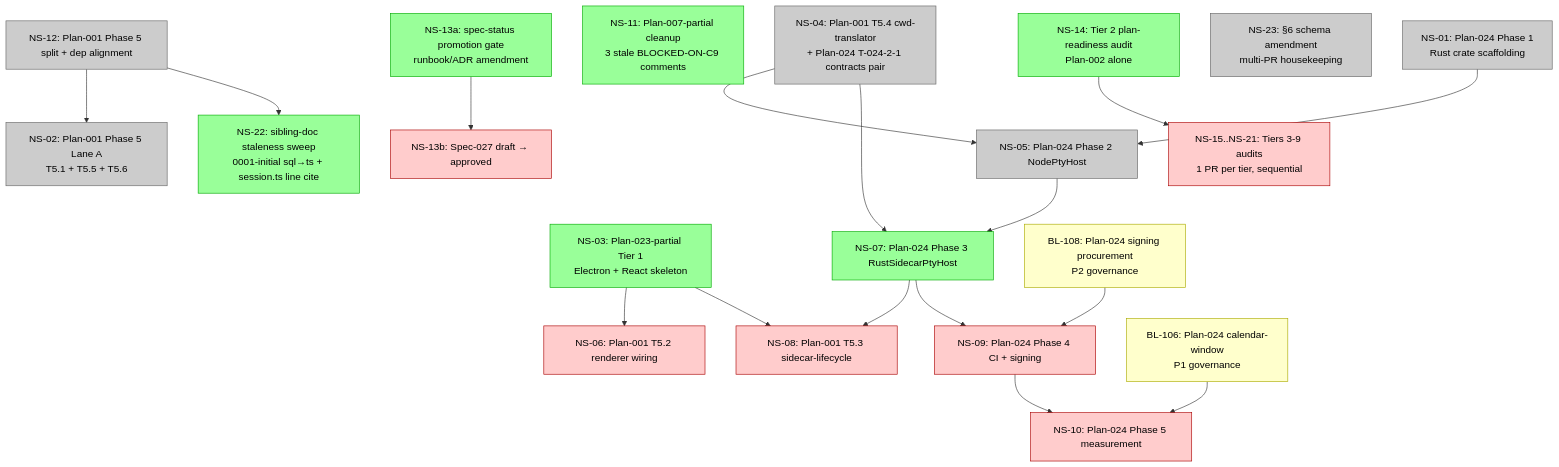
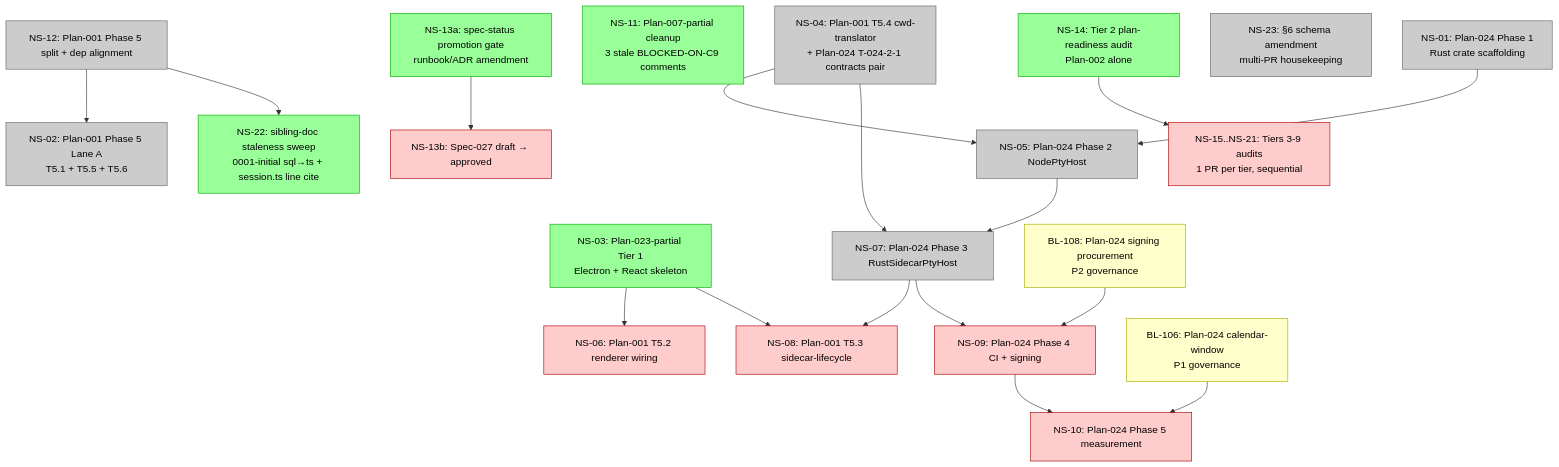
Before and after one commit to Sawmonabo/ai-sidekicks: the diagram in docs/architecture/cross-plan-dependencies.md, drawn with Mermaid. The commit also changed other lines of this file and 1 other file, not shown here.

````diff
--- a/docs/architecture/cross-plan-dependencies.md
+++ b/docs/architecture/cross-plan-dependencies.md
@@ -282,56 +282,56 @@
 ```mermaid
 graph TB
   %% READY (no upstream NS-XX blockers, or all upstream satisfied)
   NS01[NS-01: Plan-024 Phase 1<br/>Rust crate scaffolding]:::completed
   NS02[NS-02: Plan-001 Phase 5 Lane A<br/>T5.1 + T5.5 + T5.6]:::completed
   NS03[NS-03: Plan-023-partial Tier 1<br/>Electron + React skeleton]:::ready
   NS04[NS-04: Plan-001 T5.4 cwd-translator<br/>+ Plan-024 T-024-2-1 contracts pair]:::completed
   NS11[NS-11: Plan-007-partial cleanup<br/>3 stale BLOCKED-ON-C9 comments]:::ready
   NS13a[NS-13a: spec-status promotion gate<br/>runbook/ADR amendment]:::ready
   NS14[NS-14: Tier 2 plan-readiness audit<br/>Plan-002 alone]:::ready
   NS22[NS-22: sibling-doc staleness sweep<br/>0001-initial sql→ts + session.ts line cite]:::ready
   NS23[NS-23: §6 schema amendment<br/>multi-PR housekeeping]:::completed
   NS05[NS-05: Plan-024 Phase 2 NodePtyHost]:::completed
-  NS07[NS-07: Plan-024 Phase 3 RustSidecarPtyHost]:::ready
+  NS07[NS-07: Plan-024 Phase 3 RustSidecarPtyHost]:::completed
 
   %% BLOCKED
   NS06[NS-06: Plan-001 T5.2 renderer wiring]:::blocked
   NS08[NS-08: Plan-001 T5.3 sidecar-lifecycle]:::blocked
   NS09[NS-09: Plan-024 Phase 4 CI + signing]:::blocked
   NS10[NS-10: Plan-024 Phase 5 measurement]:::blocked
   NS13b[NS-13b: Spec-027 draft → approved]:::blocked
   NS15[NS-15..NS-21: Tiers 3-9 audits<br/>1 PR per tier, sequential]:::blocked
 
   %% COMPLETED
   NS12[NS-12: Plan-001 Phase 5 split + dep alignment]:::completed
 
   %% EXISTING BACKLOG (governance)
   BL106[BL-106: Plan-024 calendar-window<br/>P1 governance]:::governance
   BL108[BL-108: Plan-024 signing procurement<br/>P2 governance]:::governance
 
   %% Code track edges
   NS12 --> NS02
   NS12 --> NS22
   NS01 --> NS05
   NS04 --> NS05
   NS04 --> NS07
   NS05 --> NS07
   NS03 --> NS06
   NS03 --> NS08
   NS07 --> NS08
   NS07 --> NS09
   BL108 --> NS09
   NS09 --> NS10
   BL106 --> NS10
 
   %% Governance chain
   NS13a --> NS13b
 
   %% Audit chain
   NS14 --> NS15
 
   classDef ready fill:#9f9,stroke:#0a0,color:#000
   classDef blocked fill:#fcc,stroke:#a00,color:#000
   classDef completed fill:#ccc,stroke:#666,color:#000
   classDef governance fill:#ffc,stroke:#aa0,color:#000
 ```
````
